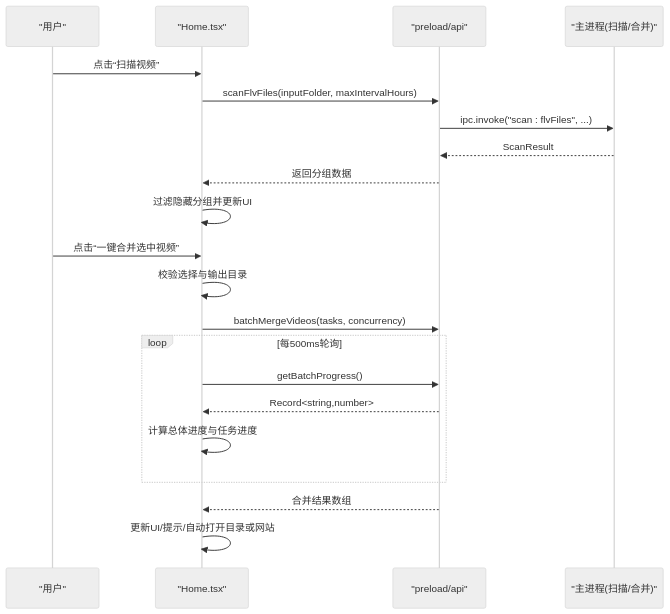
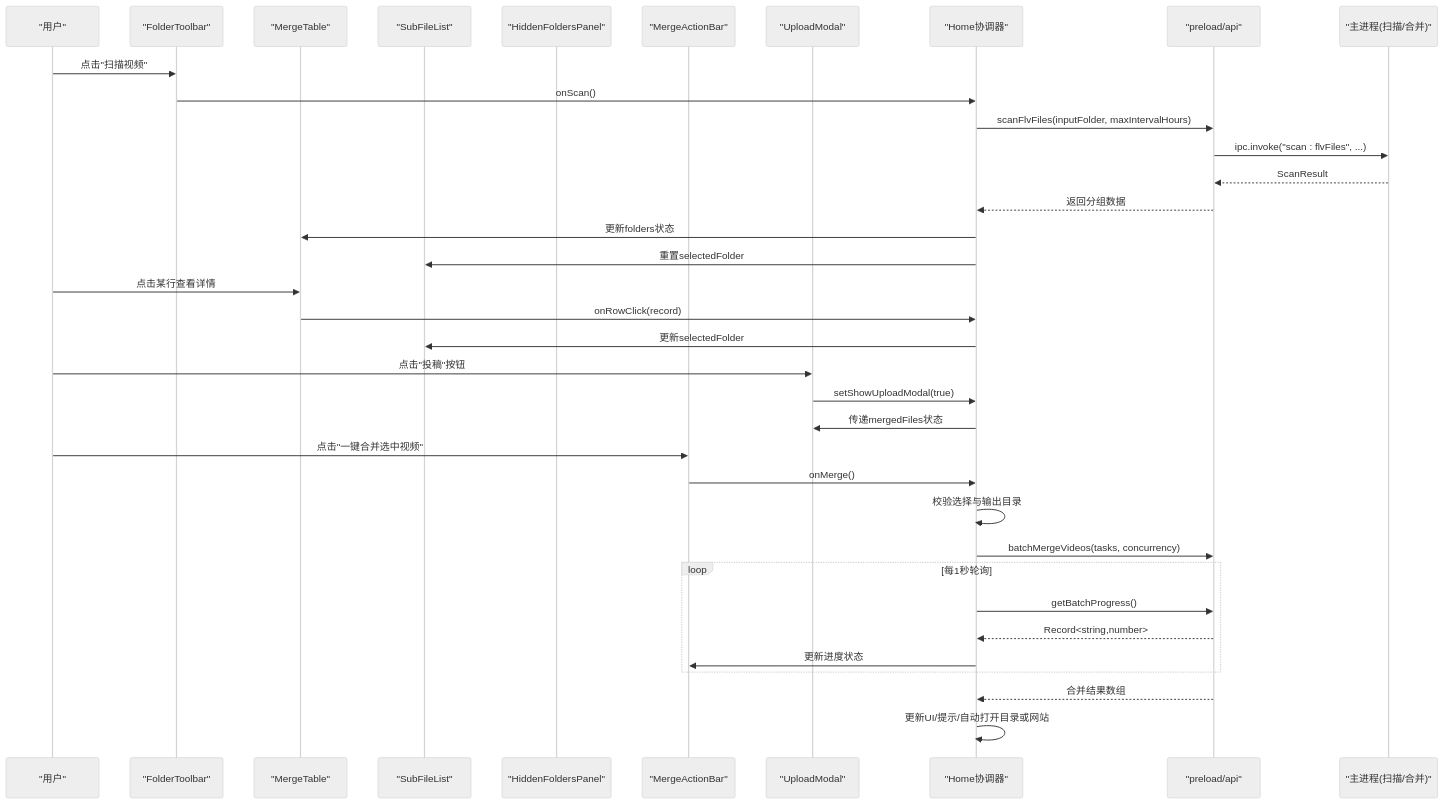
Before and after one commit to HoarfrostKimi/Video-Merger: the fourth of 5 diagrams in .qoder/repowiki/zh/content/架构设计/渲染进程架构.md, drawn with Mermaid (neutral theme). The commit also changed other lines of this file and 43 other files, not shown here.

````diff
--- a/.qoder/repowiki/zh/content/架构设计/渲染进程架构.md
+++ b/.qoder/repowiki/zh/content/架构设计/渲染进程架构.md
@@ -169,23 +241,38 @@
 ```mermaid
 sequenceDiagram
 participant U as "用户"
-participant H as "Home.tsx"
+participant FT as "FolderToolbar"
+participant MT as "MergeTable"
+participant SFL as "SubFileList"
+participant HFP as "HiddenFoldersPanel"
+participant MA as "MergeActionBar"
+participant UM as "UploadModal"
+participant HM as "Home协调器"
 participant P as "preload/api"
 participant S as "主进程(扫描/合并)"
-U->>H : 点击“扫描视频”
-H->>P : scanFlvFiles(inputFolder, maxIntervalHours)
+U->>FT : 点击"扫描视频"
+FT->>HM : onScan()
+HM->>P : scanFlvFiles(inputFolder, maxIntervalHours)
 P->>S : ipc.invoke("scan : flvFiles", ...)
 S-->>P : ScanResult
-P-->>H : 返回分组数据
-H->>H : 过滤隐藏分组并更新UI
-U->>H : 点击“一键合并选中视频”
-H->>H : 校验选择与输出目录
-H->>P : batchMergeVideos(tasks, concurrency)
-loop 每500ms轮询
-H->>P : getBatchProgress()
-P-->>H : Record<string,number>
-H->>H : 计算总体进度与任务进度
+P-->>HM : 返回分组数据
+HM->>MT : 更新folders状态
+HM->>SFL : 重置selectedFolder
+U->>MT : 点击某行查看详情
+MT->>HM : onRowClick(record)
+HM->>SFL : 更新selectedFolder
+U->>UM : 点击"投稿"按钮
+UM->>HM : setShowUploadModal(true)
+HM->>UM : 传递mergedFiles状态
+U->>MA : 点击"一键合并选中视频"
+MA->>HM : onMerge()
+HM->>HM : 校验选择与输出目录
+HM->>P : batchMergeVideos(tasks, concurrency)
+loop 每1秒轮询
+HM->>P : getBatchProgress()
+P-->>HM : Record<string,number>
+HM->>MA : 更新进度状态
 end
-P-->>H : 合并结果数组
-H->>H : 更新UI/提示/自动打开目录或网站
+P-->>HM : 合并结果数组
+HM->>HM : 更新UI/提示/自动打开目录或网站
 ```
````
